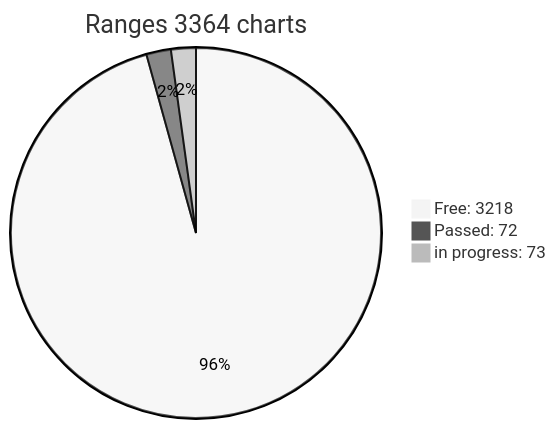
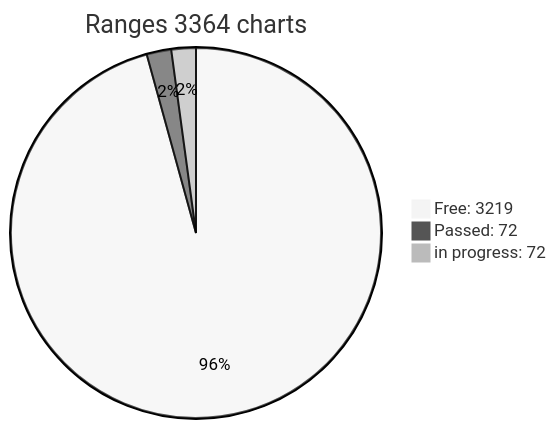
The diagram in x64/Release/table.md (phrutis/wif500), drawn with Mermaid (neutral theme) before and after one commit. The commit also changed other lines of this file, not shown here.

````diff
--- a/x64/Release/table.md
+++ b/x64/Release/table.md
@@ -3,6 +3,6 @@
 ```mermaid
 pie title Ranges 3364 charts
-"Free: 3218" : 3218
+"Free: 3219" : 3219
 "Passed: 72" : 72
-"in progress: 73" : 73
+"in progress: 72" : 72
 ``` 
````
